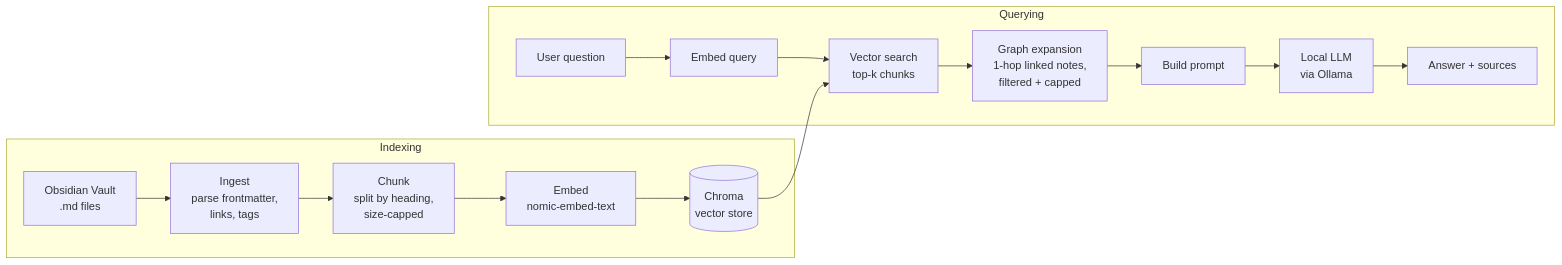
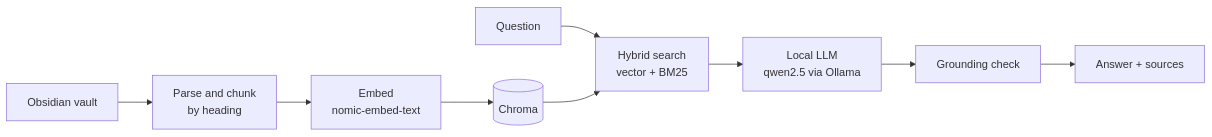
Before and after one commit to aaronyalong/Oracle: the diagram in README.md, drawn with Mermaid. The commit also changed other lines of this file, not shown here.

````diff
--- a/README.md
+++ b/README.md
@@ -18,19 +13,11 @@
 ```mermaid
 flowchart LR
-    subgraph Indexing
-        V[Obsidian Vault<br/>.md files] --> I[Ingest<br/>parse frontmatter,<br/>links, tags]
-        I --> C[Chunk<br/>split by heading,<br/>size-capped]
-        C --> E1[Embed<br/>nomic-embed-text]
-        E1 --> DB[(Chroma<br/>vector store)]
-    end
-
-    subgraph Querying
-        Q[User question] --> E2[Embed query]
-        E2 --> R[Vector search<br/>top-k chunks]
-        DB --> R
-        R --> G[Graph expansion<br/>1-hop linked notes,<br/>filtered + capped]
-        G --> P[Build prompt]
-        P --> L[Local LLM<br/>via Ollama]
-        L --> A[Answer + sources]
-    end
+    V[Obsidian vault] --> C[Parse and chunk<br/>by heading]
+    C --> E[Embed<br/>nomic-embed-text]
+    E --> DB[(Chroma)]
+    Q[Question] --> R[Hybrid search<br/>vector + BM25]
+    DB --> R
+    R --> L[Local LLM<br/>qwen2.5 via Ollama]
+    L --> G[Grounding check]
+    G --> A[Answer + sources]
 ```
````
